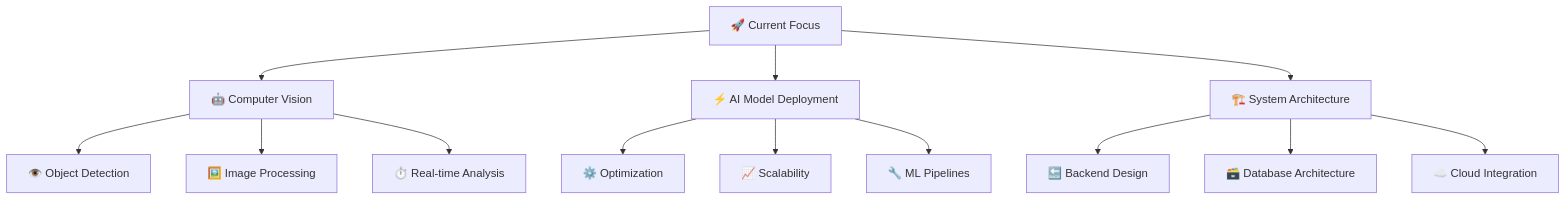
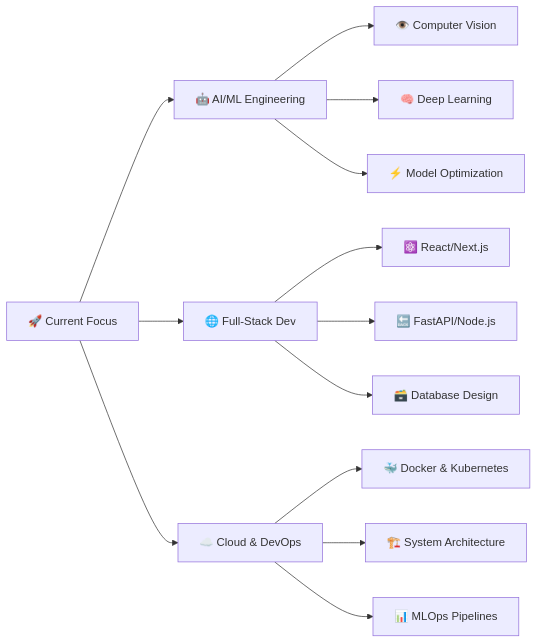
The diagram in README.md (jayadeep8712/jayadeep8712), drawn with Mermaid before and after one commit. The commit also changed other lines of this file, not shown here.

````diff
--- a/README.md
+++ b/README.md
@@ -109,18 +148,18 @@
 ```mermaid
-graph TD
-    A[🚀 Current Focus] --> B[🤖 Computer Vision];
-    A --> C[⚡ AI Model Deployment];
-    A --> D[🏗️ System Architecture];
+graph LR
+    A[🚀 Current Focus] --> B[🤖 AI/ML Engineering];
+    A --> C[🌐 Full-Stack Dev];
+    A --> D[☁️ Cloud & DevOps];
     
-    B --> B1[👁️ Object Detection];
-    B --> B2[🖼️ Image Processing];
-    B --> B3[⏱️ Real-time Analysis];
+    B --> B1[👁️ Computer Vision];
+    B --> B2[🧠 Deep Learning];
+    B --> B3[⚡ Model Optimization];
     
-    C --> C1[⚙️ Optimization];
-    C --> C2[📈 Scalability];
-    C --> C3[🔧 ML Pipelines];
+    C --> C1[⚛️ React/Next.js];
+    C --> C2[🔙 FastAPI/Node.js];
+    C --> C3[🗃️ Database Design];
     
-    D --> D1[🔙 Backend Design];
-    D --> D2[🗃️ Database Architecture];
-    D --> D3[☁️ Cloud Integration];
+    D --> D1[🐳 Docker & Kubernetes];
+    D --> D2[🏗️ System Architecture];
+    D --> D3[📊 MLOps Pipelines];
 ```
````
